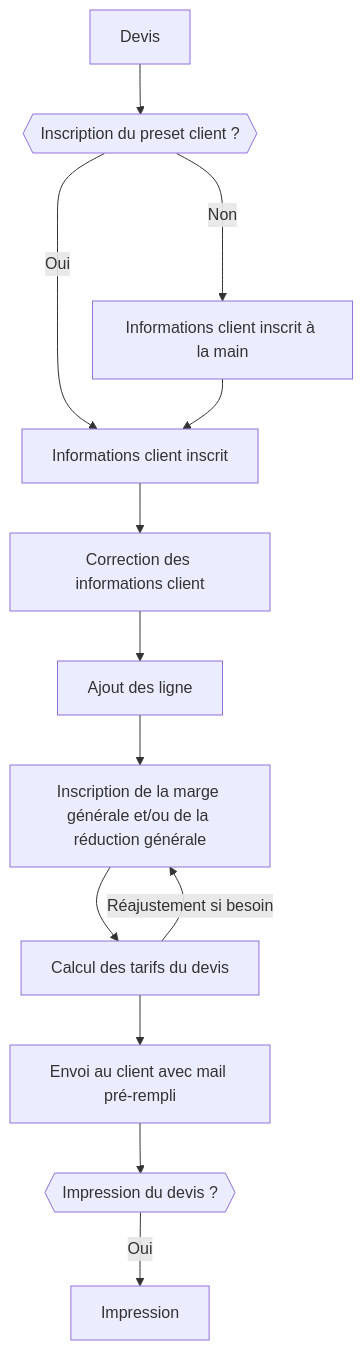
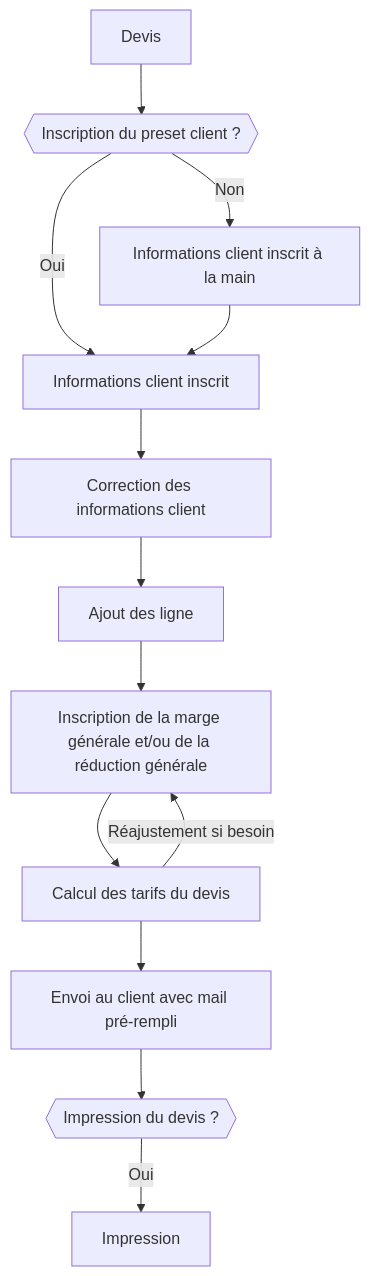
Before and after one commit to CRMGenerator3000/Projet-CRMW: the first of 8 diagrams in Informations_projet/Description complète du projet.md, drawn with Mermaid. The commit also changed other lines of this file, not shown here.

````diff
--- a/Informations_projet/Description complète du projet.md
+++ b/Informations_projet/Description complète du projet.md
@@ -465,18 +465,18 @@
 ``` mermaid
 graph TD
 	linkStyle default interpolate basis
 	Devis[Devis] --> PresetC{{Inscription du preset client ?}};
-	PresetC ----> |Oui| InfoC[Informations client inscrit];
+	PresetC --> |Oui| InfoC[Informations client inscrit];
 	PresetC --> |Non| InfoCMain[Informations client inscrit à la main];
 	InfoCMain --> InfoC;
 	InfoC --> Correction[Correction des informations client];
 	Correction --> AjoutLigne[Ajout des ligne] 
 	AjoutLigne--> MargeReduc[Inscription de la marge générale et/ou de la réduction générale];
 	MargeReduc --> CalculsPrix[Calcul des tarifs du devis];
 	CalculsPrix --> |Réajustement si besoin| MargeReduc;
     CalculsPrix --> Envoi[Envoi au client avec mail pré-rempli];
     Envoi --> ImpressionQ{{Impression du devis ? }};
     ImpressionQ --> |Oui| Impression;
     
     
 ```
````
